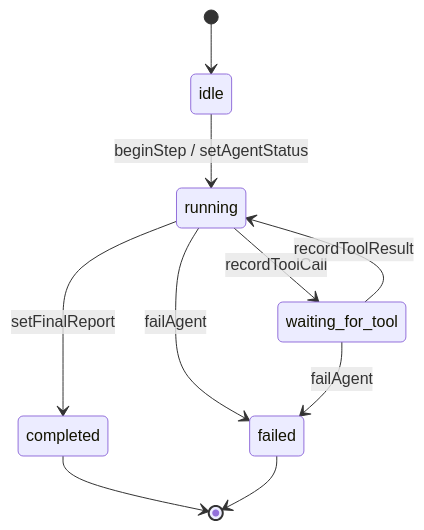
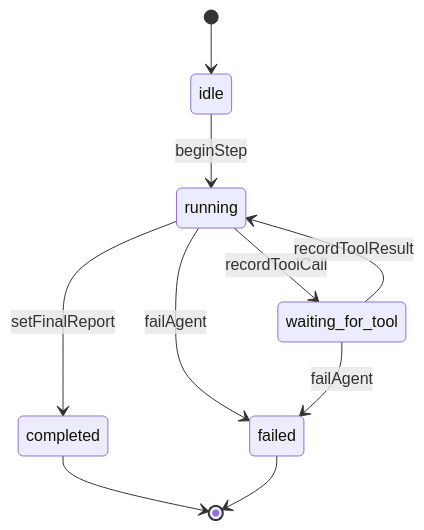
The first of 2 diagrams in docs/agent-design.md (orpazavdaev/ai-agent-platform), drawn with Mermaid before and after one commit. The commit also changed other lines of this file, not shown here.

Commit message:
Create Agent Design Documentation

````diff
--- a/docs/agent-design.md
+++ b/docs/agent-design.md
@@ -7,12 +45,12 @@
 ```mermaid
 stateDiagram-v2
   [*] --> idle
-  idle --> running: beginStep / setAgentStatus
+  idle --> running: beginStep
   running --> waiting_for_tool: recordToolCall
   waiting_for_tool --> running: recordToolResult
   running --> completed: setFinalReport
   running --> failed: failAgent
   waiting_for_tool --> failed: failAgent
   completed --> [*]
   failed --> [*]
 ```
````
